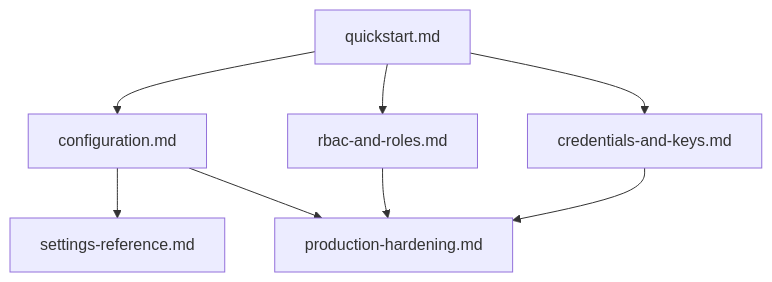
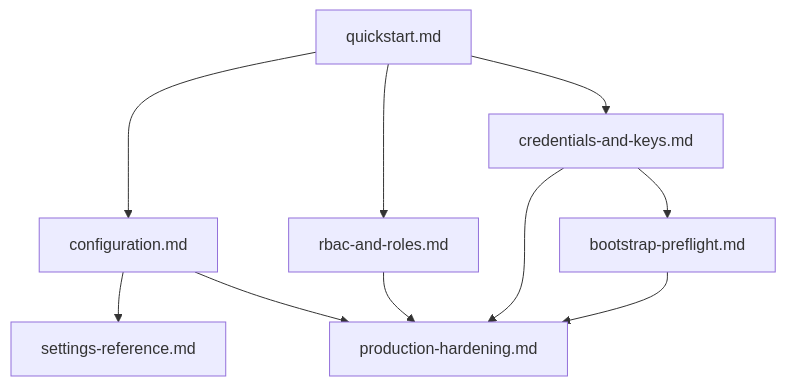
Before and after one commit to MikeBild/subkit: the diagram in docs/admins/README.md, drawn with Mermaid. The commit also changed other lines of this file and 26 other files, not shown here.

````diff
--- a/docs/admins/README.md
+++ b/docs/admins/README.md
@@ -5,10 +5,12 @@
 ```mermaid
 flowchart TD
     Q[quickstart.md] --> C[configuration.md]
     C --> S[settings-reference.md]
     Q --> R[rbac-and-roles.md]
     Q --> K[credentials-and-keys.md]
     C --> H[production-hardening.md]
     R --> H
+    K --> B[bootstrap-preflight.md]
     K --> H
+    B --> H
 ```
````
